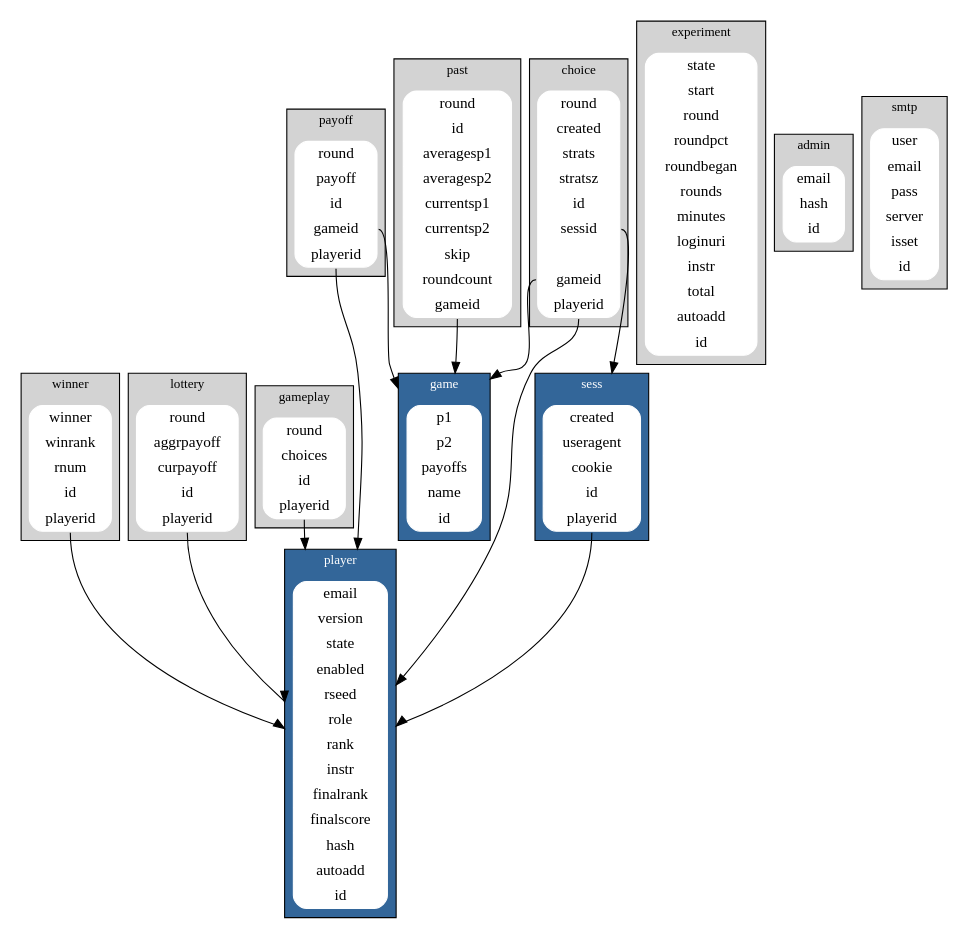
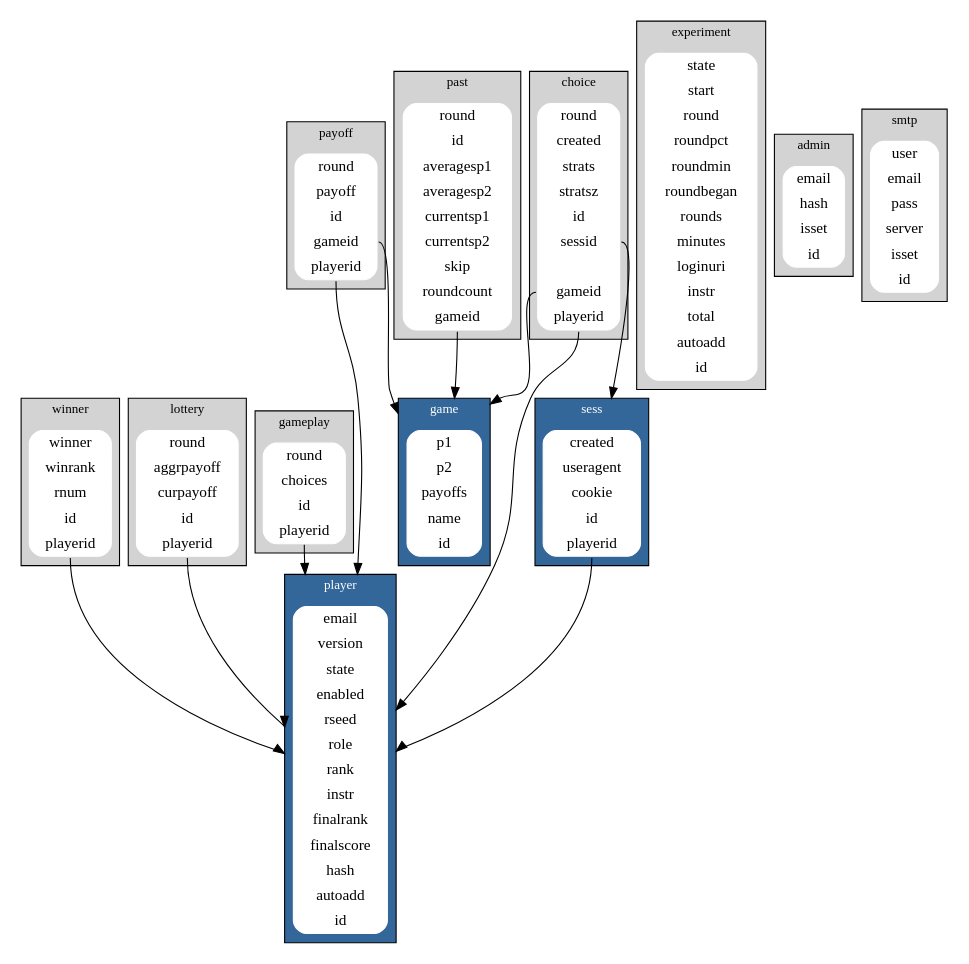
Before and after one commit to kristapsdz/gamelab: the diagram in gamelab.dot, drawn with Graphviz. The commit also changed 1 other file, not shown here.

```diff
--- a/gamelab.dot
+++ b/gamelab.dot
@@ -1,80 +1,80 @@
 digraph {
 	fontsize="12";
 	compound=true;
 	node [shape="record"];
 
 	subgraph cluster_winner {
 		winner [style="filled,rounded"; color="white"; label="{winner | winrank | rnum | id | <f0> playerid}"];
 		label="winner";
 		bgcolor="lightgray";
 	}
 	subgraph cluster_player {
 		player [style="filled,rounded"; color="white"; label="{email | version | state | enabled | rseed | role | rank | instr | finalrank | finalscore | hash | autoadd | id}"];
 		label="player";
 		fontcolor=white;
 		bgcolor="#336699";
 	}
 	subgraph cluster_lottery {
 		lottery [style="filled,rounded"; color="white"; label="{round | aggrpayoff | curpayoff | id | <f0> playerid}"];
 		label="lottery";
 		bgcolor="lightgray";
 	}
 	subgraph cluster_gameplay {
 		gameplay [style="filled,rounded"; color="white"; label="{round | choices | id | <f0>playerid}"];
 		label="gameplay";
 		bgcolor="lightgray";
 	}
 	subgraph cluster_payoff {
 		payoff [style="filled,rounded"; color="white"; label="{round | payoff | id | <f1> gameid | <f0>playerid}"];
 		label="payoff";
 		bgcolor="lightgray";
 	}
 	subgraph cluster_choice {
 		choice [style="filled,rounded"; color="white"; label="{round | created | strats | stratsz | id | <f2> sessid | | <f1> gameid | <f0> playerid}"];
 		label="choice";
 		bgcolor="lightgray";
 	}
 	subgraph cluster_game {
 		game [style="filled,rounded"; color="white"; label="{p1 | p2 | payoffs | name | id}"];
 		label="game";
 		fontcolor=white;
 		bgcolor="#336699";
 	}
 	subgraph cluster_experiment {
-		experiment [style="filled,rounded"; color="white"; label="{state | start | round | roundpct | roundbegan | rounds | minutes | loginuri | instr | total | autoadd | id}"];
+		experiment [style="filled,rounded"; color="white"; label="{state | start | round | roundpct | roundmin | roundbegan | rounds | minutes | loginuri | instr | total | autoadd | id}"];
 		label="experiment";
 		bgcolor="lightgray";
 	}
 	subgraph cluster_sess {
 		sess [style="filled,rounded"; color="white"; label="{created | useragent | cookie | id | <f0> playerid}"];
 		label="sess";
 		fontcolor=white;
 		bgcolor="#336699";
 	}
 	subgraph cluster_admin {
-		admin [style="filled,rounded"; color="white"; label="{email | hash | id}"];
+		admin [style="filled,rounded"; color="white"; label="{email | hash | isset | id}"];
 		label="admin";
 		bgcolor="lightgray";
 	}
 	subgraph cluster_past {
 		past [style="filled,rounded"; color="white"; label="{round | id | averagesp1 | averagesp2 | currentsp1 | currentsp2 | skip | roundcount | <f1> gameid}"];
 		label="past";
 		bgcolor="lightgray";
 	}
 	subgraph cluster_smtp {
 		smtp [style="filled,rounded"; color="white"; label="{user | email | pass | server | isset | id}"];
 		label="smtp";
 		bgcolor="lightgray";
 	}
 
 	winner:s:f0 -> player [lhead="cluster_player"];
 	lottery:s:f0 -> player [lhead="cluster_player"];
 	gameplay:s:f0 -> player [lhead="cluster_player"];
 	payoff:s:f0 -> player [lhead="cluster_player"];
 	payoff:f1 -> game [lhead="cluster_game"];
 	choice:s:f0 -> player [lhead="cluster_player"];
 	choice:f1 -> game [lhead="cluster_game"];
 	choice:f2 -> sess [lhead="cluster_sess"];
 	sess:s:f0 -> player [lhead="cluster_player"];
 	past:s:f1 -> game [lhead="cluster_game"];
 }
```
